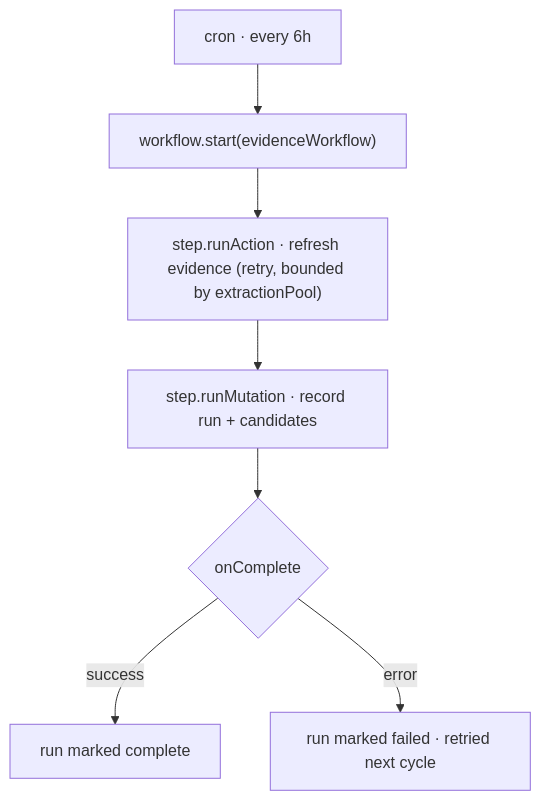
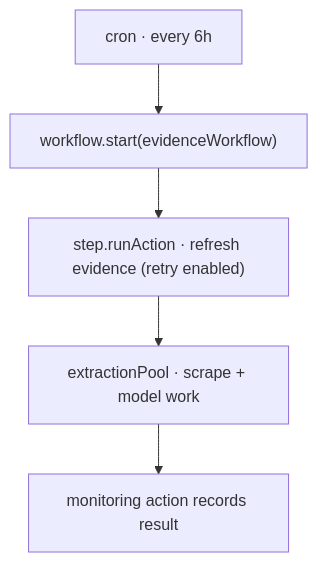
One commit to treasure567/stepfree changed the second of 6 diagrams in docs/architecture.md. Above: the diagram before and after it, drawn with Mermaid. The commit also changed other lines of this file and 9 other files, not shown here.

````diff
--- a/docs/architecture.md
+++ b/docs/architecture.md
@@ -55,9 +59,7 @@
 ```mermaid
 flowchart TD
     Cron["cron · every 6h"] --> Start["workflow.start(evidenceWorkflow)"]
-    Start --> S1["step.runAction · refresh evidence (retry, bounded by extractionPool)"]
-    S1 --> S2["step.runMutation · record run + candidates"]
-    S2 --> OC{"onComplete"}
-    OC -- "success" --> Done["run marked complete"]
-    OC -- "error" --> Fail["run marked failed · retried next cycle"]
+    Start --> S1["step.runAction · refresh evidence (retry enabled)"]
+    S1 --> FC["extractionPool · scrape + model work"]
+    FC --> Done["monitoring action records result"]
 ```
````
